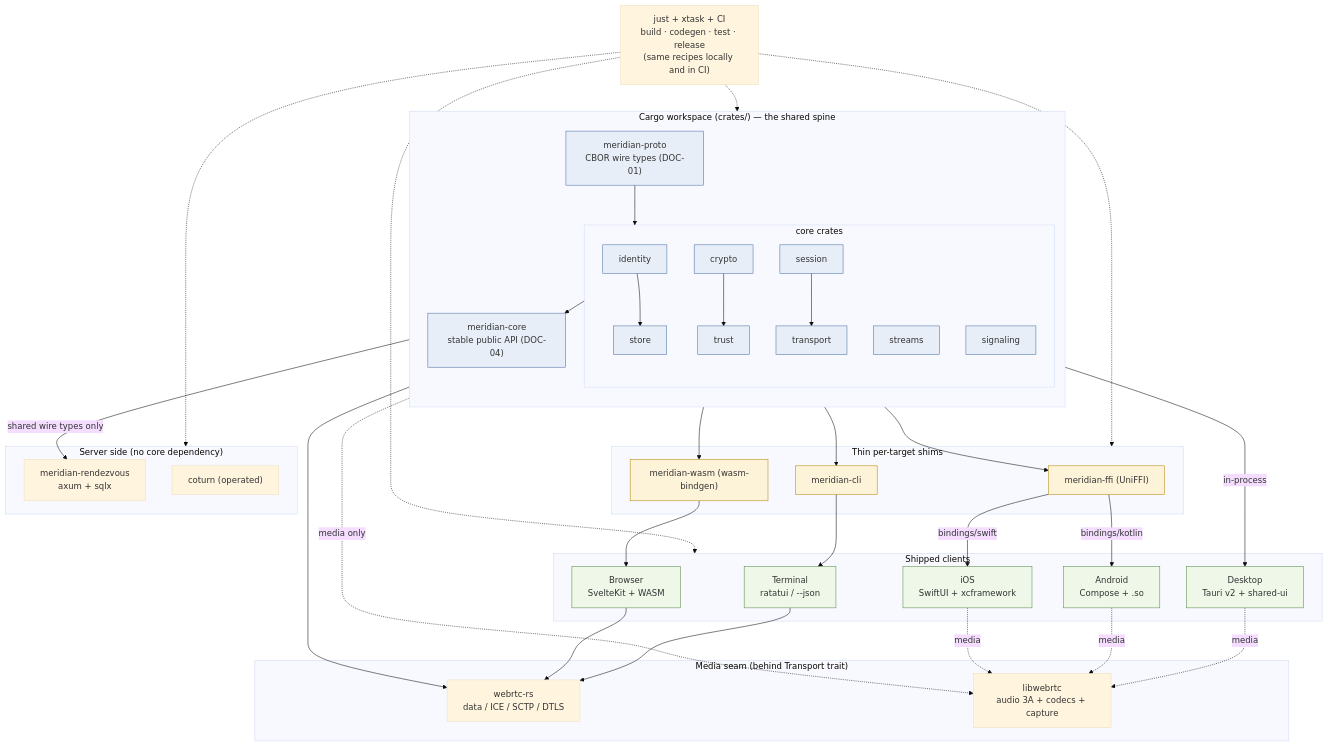
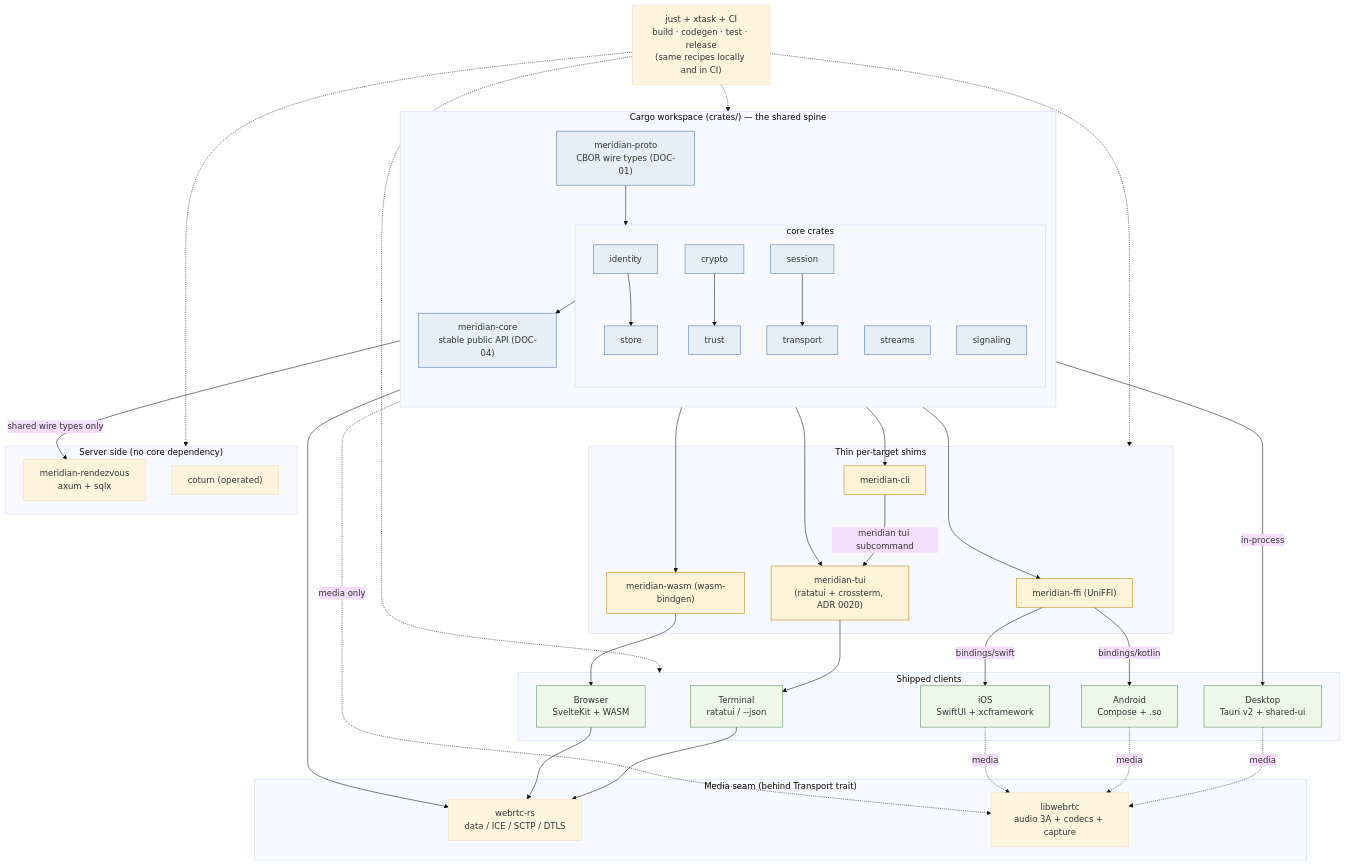
The diagram in docs/architecture/diagrams/build-target-topology.mermaid (hansajayathilaka/meridian), drawn with Mermaid (base theme) before and after one commit. The commit also changed 14 other files, not shown here.

```diff
--- a/docs/architecture/diagrams/build-target-topology.mermaid
+++ b/docs/architecture/diagrams/build-target-topology.mermaid
@@ -1,62 +1,64 @@
 flowchart TB
   subgraph Workspace["Cargo workspace (crates/) — the shared spine"]
     direction TB
     PROTO["meridian-proto<br/>CBOR wire types (DOC-01)"]
     subgraph CoreCrates["core crates"]
       ID["identity"] --> STORE2["store"]
       CRYPTO["crypto"] --> TRUST2["trust"]
       SESS2["session"] --> TRANS2["transport"]
       STREAMS2["streams"]
       SIG2["signaling"]
     end
     CORE["meridian-core<br/>stable public API (DOC-04)"]
     PROTO --> CoreCrates --> CORE
   end
 
   subgraph Shims["Thin per-target shims"]
     FFI["meridian-ffi (UniFFI)"]
     WASM["meridian-wasm (wasm-bindgen)"]
     CLIBIN["meridian-cli"]
+    TUI["meridian-tui<br/>(ratatui + crossterm, ADR 0020)"]
   end
-  CORE --> FFI & WASM & CLIBIN
+  CORE --> FFI & WASM & CLIBIN & TUI
+  CLIBIN -- "meridian tui subcommand" --> TUI
 
   subgraph Targets["Shipped clients"]
     T_CLI["Terminal<br/>ratatui / --json"]
     T_WEB["Browser<br/>SvelteKit + WASM"]
     T_DESK["Desktop<br/>Tauri v2 + shared-ui"]
     T_AND["Android<br/>Compose + .so"]
     T_IOS["iOS<br/>SwiftUI + xcframework"]
   end
-  CLIBIN --> T_CLI
+  TUI --> T_CLI
   WASM --> T_WEB
   CORE -- "in-process" --> T_DESK
   FFI -- "bindings/kotlin" --> T_AND
   FFI -- "bindings/swift" --> T_IOS
 
   subgraph Server["Server side (no core dependency)"]
     REND["meridian-rendezvous<br/>axum + sqlx"]
     COTURN["coturn (operated)"]
   end
   PROTO -- "shared wire types only" --> REND
 
   subgraph Media["Media seam (behind Transport trait)"]
     WRTC["webrtc-rs<br/>data / ICE / SCTP / DTLS"]
     LWRTC["libwebrtc<br/>audio 3A + codecs + capture"]
   end
   TRANS2 --> WRTC
   TRANS2 -. "media only" .-> LWRTC
   T_DESK & T_AND & T_IOS -. media .-> LWRTC
   T_CLI & T_WEB --> WRTC
 
   RUNNER["just + xtask + CI<br/>build · codegen · test · release<br/>(same recipes locally and in CI)"]
   RUNNER -.-> Workspace
   RUNNER -.-> Shims
   RUNNER -.-> Targets
   RUNNER -.-> Server
 
   classDef spine fill:#e8eef7,stroke:#4a6fa5
   classDef shim fill:#fdf3d8,stroke:#b8860b
   classDef target fill:#eef7e8,stroke:#5a8a4a
   class PROTO,CORE,ID,STORE2,CRYPTO,TRUST2,SESS2,TRANS2,STREAMS2,SIG2 spine
-  class FFI,WASM,CLIBIN shim
+  class FFI,WASM,CLIBIN,TUI shim
   class T_CLI,T_WEB,T_DESK,T_AND,T_IOS target
```
